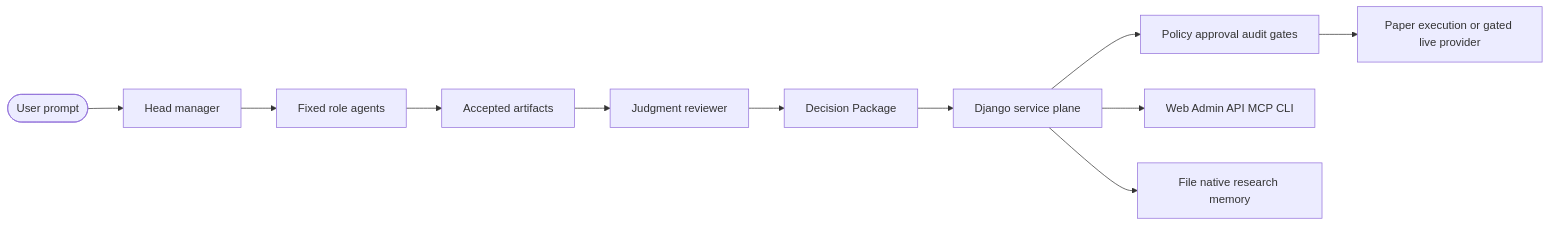
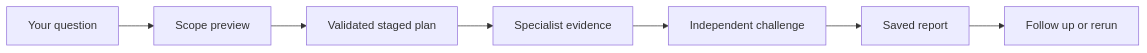
The diagram in README.md (HSKIMRobert/tradingcodex), drawn with Mermaid before and after one commit. The commit also changed other lines of this file and 108 other files, not shown here.

````diff
--- a/README.md
+++ b/README.md
@@ -174,13 +97,9 @@
 ```mermaid
 flowchart LR
-  user([User prompt]) --> manager[Head manager]
-  manager --> agents[Fixed role agents]
-  agents --> artifacts[Accepted artifacts]
-  artifacts --> reviewer[Judgment reviewer]
-  reviewer --> decision[Decision Package]
-  decision --> service[Django service plane]
-  service --> gates[Policy approval audit gates]
-  gates --> execution[Paper execution or gated live provider]
-  service --> surfaces[Web Admin API MCP CLI]
-  service --> memory[File native research memory]
+  prompt[Your question] --> preview[Scope preview]
+  preview --> plan[Validated staged plan]
+  plan --> evidence[Specialist evidence]
+  evidence --> review[Independent challenge]
+  review --> report[Saved report]
+  report --> followup[Follow up or rerun]
 ```
````
